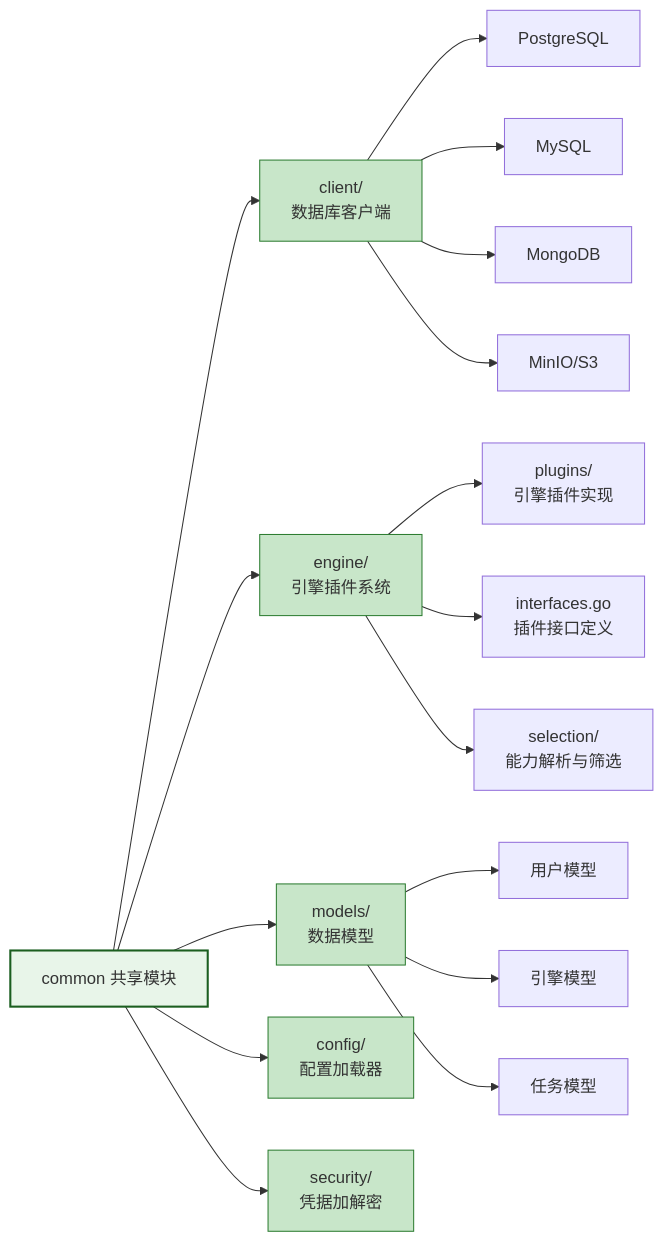
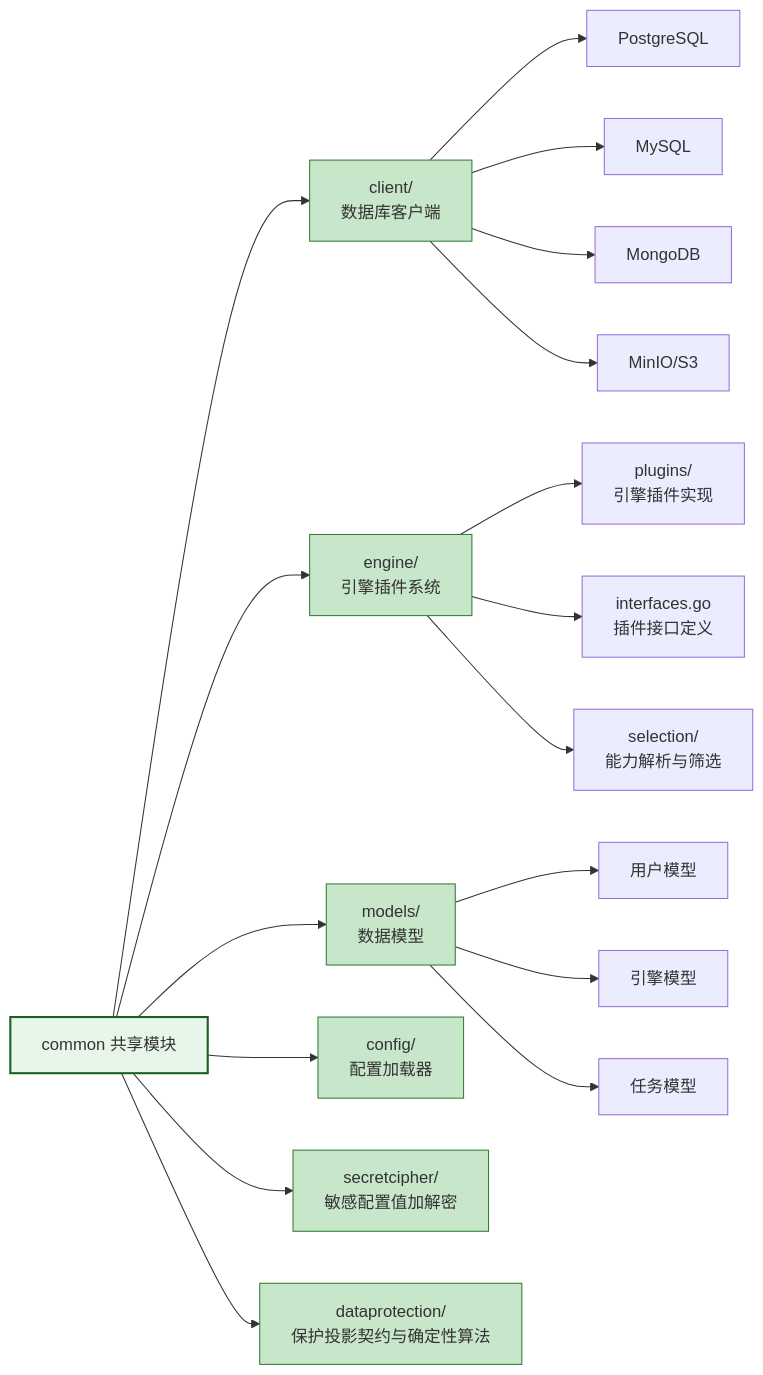
Before and after one commit to pampa0629/addp: the second of 14 diagrams in docs/concepts/addp模块架构图.md, drawn with Mermaid. The commit also changed other lines of this file and 718 other files, not shown here.

````diff
--- a/docs/concepts/addp模块架构图.md
+++ b/docs/concepts/addp模块架构图.md
@@ -256,29 +275,30 @@
 ```mermaid
 graph LR
     Common[common 共享模块]
 
     Common --> Client[client/<br/>数据库客户端]
     Common --> Engine[engine/<br/>引擎插件系统]
     Common --> Models[models/<br/>数据模型]
     Common --> Config[config/<br/>配置加载器]
-    Common --> Security[security/<br/>凭据加解密]
+    Common --> SecretCipher[secretcipher/<br/>敏感配置值加解密]
+    Common --> DataProtection[dataprotection/<br/>保护投影契约与确定性算法]
 
     Client --> PG[PostgreSQL]
     Client --> MySQL[MySQL]
     Client --> Mongo[MongoDB]
     Client --> MinIOClient[MinIO/S3]
 
     Engine --> Plugins[plugins/<br/>引擎插件实现]
     Engine --> Interfaces[interfaces.go<br/>插件接口定义]
     Engine --> Selection[selection/<br/>能力解析与筛选]
 
     Models --> User[用户模型]
     Models --> EngineModel[引擎模型]
     Models --> Task[任务模型]
 
     classDef mainNode fill:#e8f5e9,stroke:#1b5e20,stroke-width:2px
     classDef subNode fill:#c8e6c9,stroke:#2e7d32
 
     class Common mainNode
-    class Client,Engine,Models,Config,Security subNode
+    class Client,Engine,Models,Config,SecretCipher,DataProtection subNode
 ```
````
